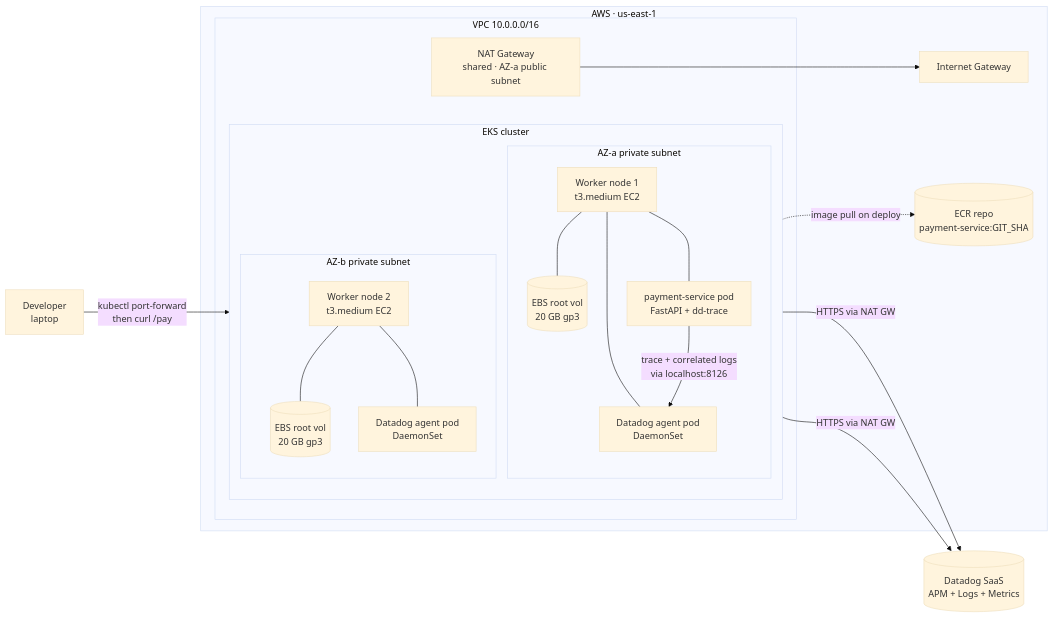
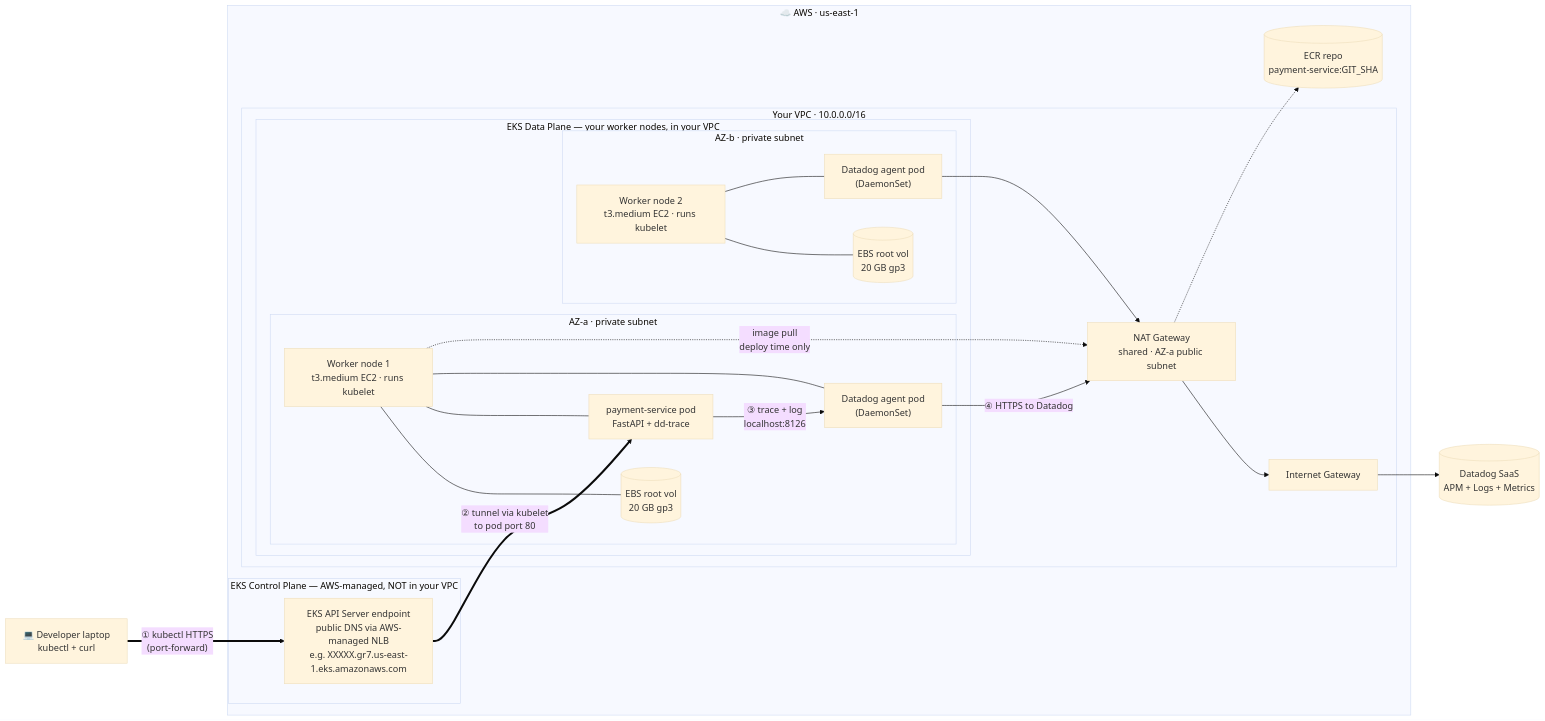
The first of 2 diagrams in specs/phase-01.md (dipptea/sre-capstone), drawn with Mermaid (base theme) before and after one commit. The commit also changed other lines of this file, not shown here.

````diff
--- a/specs/phase-01.md
+++ b/specs/phase-01.md
@@ -74,42 +81,49 @@
 ```mermaid
 flowchart LR
-    dev[Developer<br/>laptop]
+    dev["💻 Developer laptop<br/>kubectl + curl"]
 
-    subgraph aws["AWS · us-east-1"]
-        igw[Internet Gateway]
-        ecr[(ECR repo<br/>payment-service:GIT_SHA)]
+    subgraph awsregion["☁️ AWS · us-east-1"]
 
-        subgraph vpc["VPC 10.0.0.0/16"]
-            nat[NAT Gateway<br/>shared · AZ-a public subnet]
+        subgraph ekscp["EKS Control Plane — AWS-managed, NOT in your VPC"]
+            api["EKS API Server endpoint<br/>public DNS via AWS-managed NLB<br/>e.g. XXXXX.gr7.us-east-1.eks.amazonaws.com"]
+        end
 
-            subgraph eks["EKS cluster"]
-                direction TB
-                subgraph aza["AZ-a private subnet"]
-                    node1["Worker node 1<br/>t3.medium EC2"]
+        subgraph yourvpc["Your VPC · 10.0.0.0/16"]
+            igw["Internet Gateway"]
+            nat["NAT Gateway<br/>shared · AZ-a public subnet"]
+
+            subgraph eksdp["EKS Data Plane — your worker nodes, in your VPC"]
+                subgraph aza["AZ-a · private subnet"]
+                    node1["Worker node 1<br/>t3.medium EC2 · runs kubelet"]
                     ebs1[("EBS root vol<br/>20 GB gp3")]
                     pod["payment-service pod<br/>FastAPI + dd-trace"]
-                    ddA[Datadog agent pod<br/>DaemonSet]
+                    ddA["Datadog agent pod<br/>(DaemonSet)"]
                     node1 --- ebs1
                     node1 --- pod
                     node1 --- ddA
                 end
-                subgraph azb["AZ-b private subnet"]
-                    node2["Worker node 2<br/>t3.medium EC2"]
+                subgraph azb["AZ-b · private subnet"]
+                    node2["Worker node 2<br/>t3.medium EC2 · runs kubelet"]
                     ebs2[("EBS root vol<br/>20 GB gp3")]
-                    ddB[Datadog agent pod<br/>DaemonSet]
+                    ddB["Datadog agent pod<br/>(DaemonSet)"]
                     node2 --- ebs2
                     node2 --- ddB
                 end
             end
         end
+
+        ecr[("ECR repo<br/>payment-service:GIT_SHA")]
     end
 
-    ddsaas[(Datadog SaaS<br/>APM + Logs + Metrics)]
+    ddsaas[("Datadog SaaS<br/>APM + Logs + Metrics")]
 
-    dev -->|"kubectl port-forward<br/>then curl /pay"| pod
-    pod -->|"trace + correlated logs<br/>via localhost:8126"| ddA
-    ddA -->|"HTTPS via NAT GW"| ddsaas
-    ddB -->|"HTTPS via NAT GW"| ddsaas
-    pod -.->|"image pull on deploy"| ecr
+    dev ==>|"① kubectl HTTPS<br/>(port-forward)"| api
+    api ==>|"② tunnel via kubelet<br/>to pod port 80"| pod
+    pod -->|"③ trace + log<br/>localhost:8126"| ddA
+    ddA -->|"④ HTTPS to Datadog"| nat
+    ddB --> nat
     nat --> igw
+    igw --> ddsaas
+    node1 -.->|"image pull<br/>deploy time only"| nat
+    nat -.-> ecr
 ```
````
